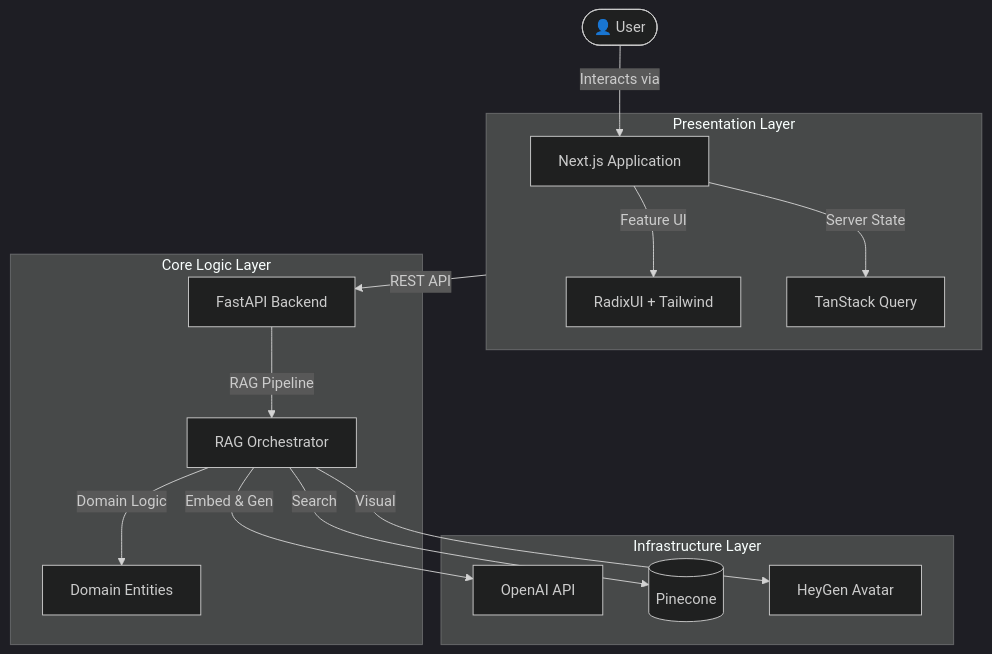
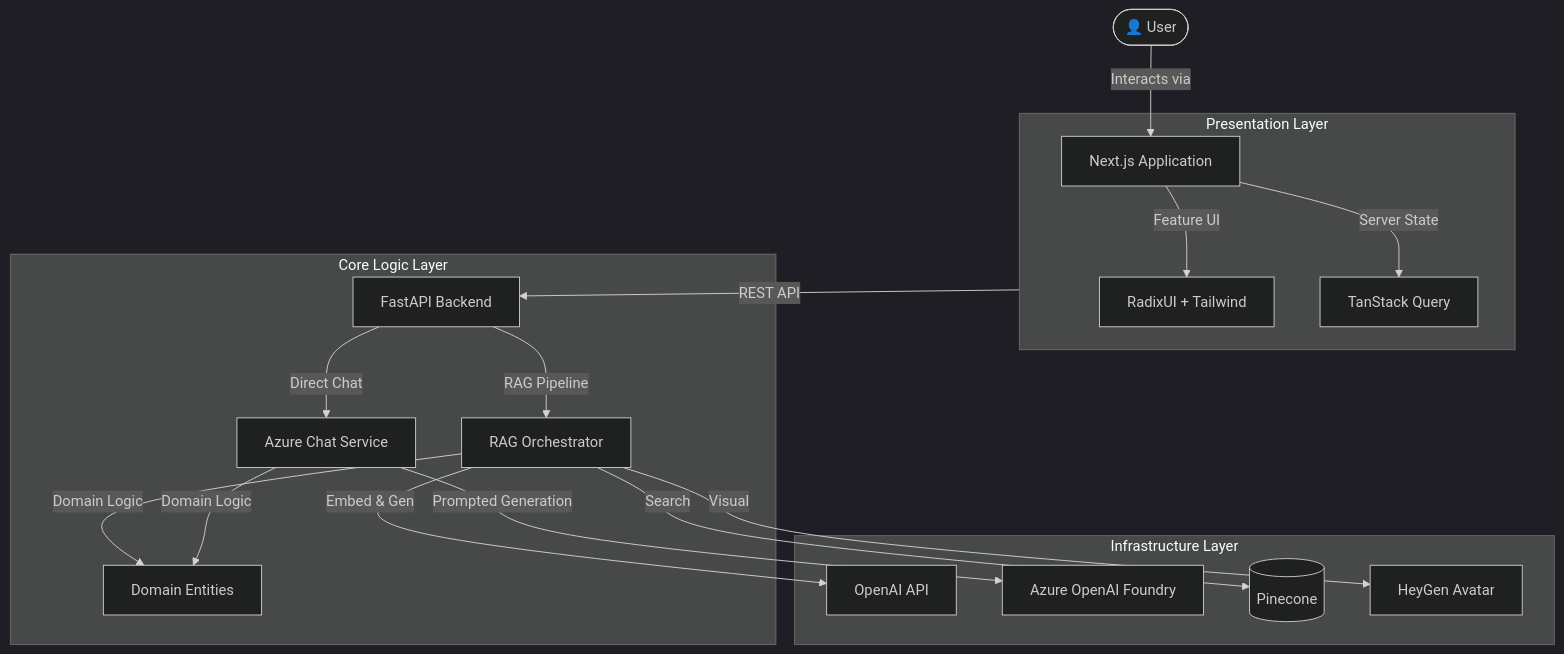
Before and after one commit to AbhayKauts21/Vanguard: the first of 2 diagrams in README.md, drawn with Mermaid (dark theme). The commit also changed other lines of this file and 13 other files, not shown here.

Commit message:
Add Azure OpenAI direct chat module

````diff
--- a/README.md
+++ b/README.md
@@ -29,22 +29,25 @@
 ```mermaid
 graph TD
     User([👤 User]) -->|Interacts via| Next[Next.js Application]
     
     subgraph Frontend [Presentation Layer]
         Next -->|Feature UI| C[RadixUI + Tailwind]
         Next -->|Server State| T[TanStack Query]
     end
 
     Frontend -->|REST API| APIGateway[FastAPI Backend]
 
     subgraph Backend [Core Logic Layer]
         APIGateway -->|RAG Pipeline| RAGSvc[RAG Orchestrator]
+        APIGateway -->|Direct Chat| AzureSvc[Azure Chat Service]
         RAGSvc -->|Domain Logic| Domain[Domain Entities]
+        AzureSvc -->|Domain Logic| Domain
     end
     
     subgraph Infra [Infrastructure Layer]
         RAGSvc -->|Embed & Gen| OpenAI[OpenAI API]
+        AzureSvc -->|Prompted Generation| AzureOpenAI[Azure OpenAI Foundry]
         RAGSvc -->|Search| VectorDB[(Pinecone)]
         RAGSvc -->|Visual| HeyGen[HeyGen Avatar]
     end
 ```
````
